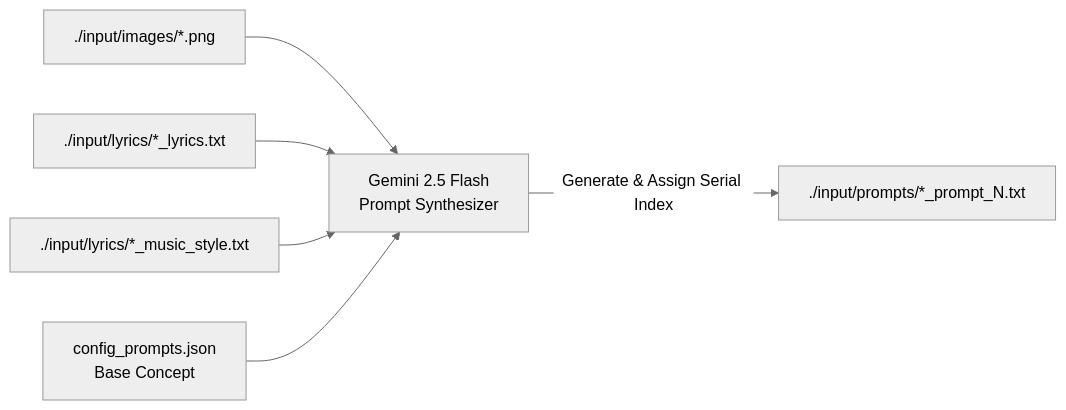
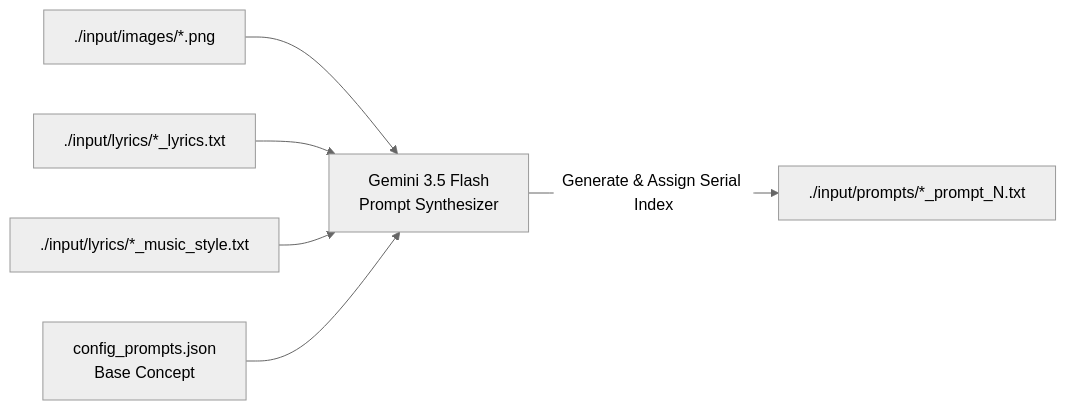
One commit to electronicnomad/stage-backdrops changed the fourth of 12 diagrams in ARCHITECTURE.md. Above: the diagram before and after it, drawn with Mermaid. The commit also changed other lines of this file and 3 other files, not shown here.

Commit message:
feat: upgrade prompt generator model from gemini-2.5-flash to gemini-3.5-flash

````diff
--- a/ARCHITECTURE.md
+++ b/ARCHITECTURE.md
@@ -138,10 +138,10 @@
 ```mermaid
 %%{init: {'theme': 'neutral'}}%%
 flowchart LR
-    IMG["./input/images/*.png"] --> GEM["Gemini 2.5 Flash<br>Prompt Synthesizer"]
+    IMG["./input/images/*.png"] --> GEM["Gemini 3.5 Flash<br>Prompt Synthesizer"]
     LYRICS["./input/lyrics/*_lyrics.txt"] --> GEM
     STYLE["./input/lyrics/*_music_style.txt"] --> GEM
     CONFIG["config_prompts.json<br>Base Concept"] --> GEM
     
     GEM -->|Generate & Assign Serial Index| ARCHIVE["./input/prompts/*_prompt_N.txt"]
 ```
````
